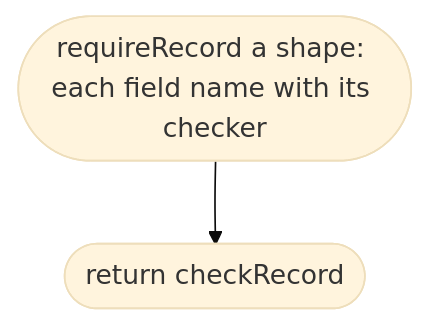
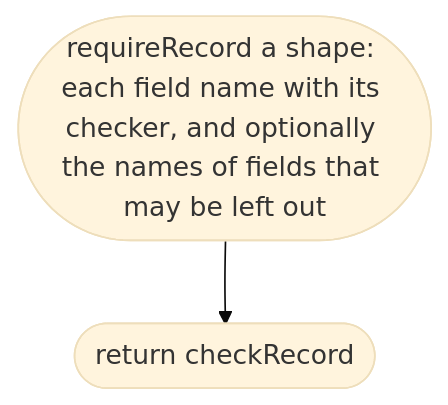
Before and after one commit to NewDara-Star/world-engine: diagram 32 of 44 in docs/designs/src/place/parse.md, drawn with Mermaid (base theme). The commit also changed other lines of this file and 1 other file, not shown here.

First line of the commit message:
Slice 1: optional fields in a record; three vehicle tests expect the "Fix these first" line

````diff
--- a/docs/designs/src/place/parse.md
+++ b/docs/designs/src/place/parse.md
@@ -509,6 +509,6 @@
 ```mermaid
 flowchart TD
-  s(["requireRecord a shape: each field name with its checker"])
+  s(["requireRecord a shape: each field name with its checker, and optionally the names of fields that may be left out"])
   a(["return checkRecord"])
   s --> a
 ```
````
